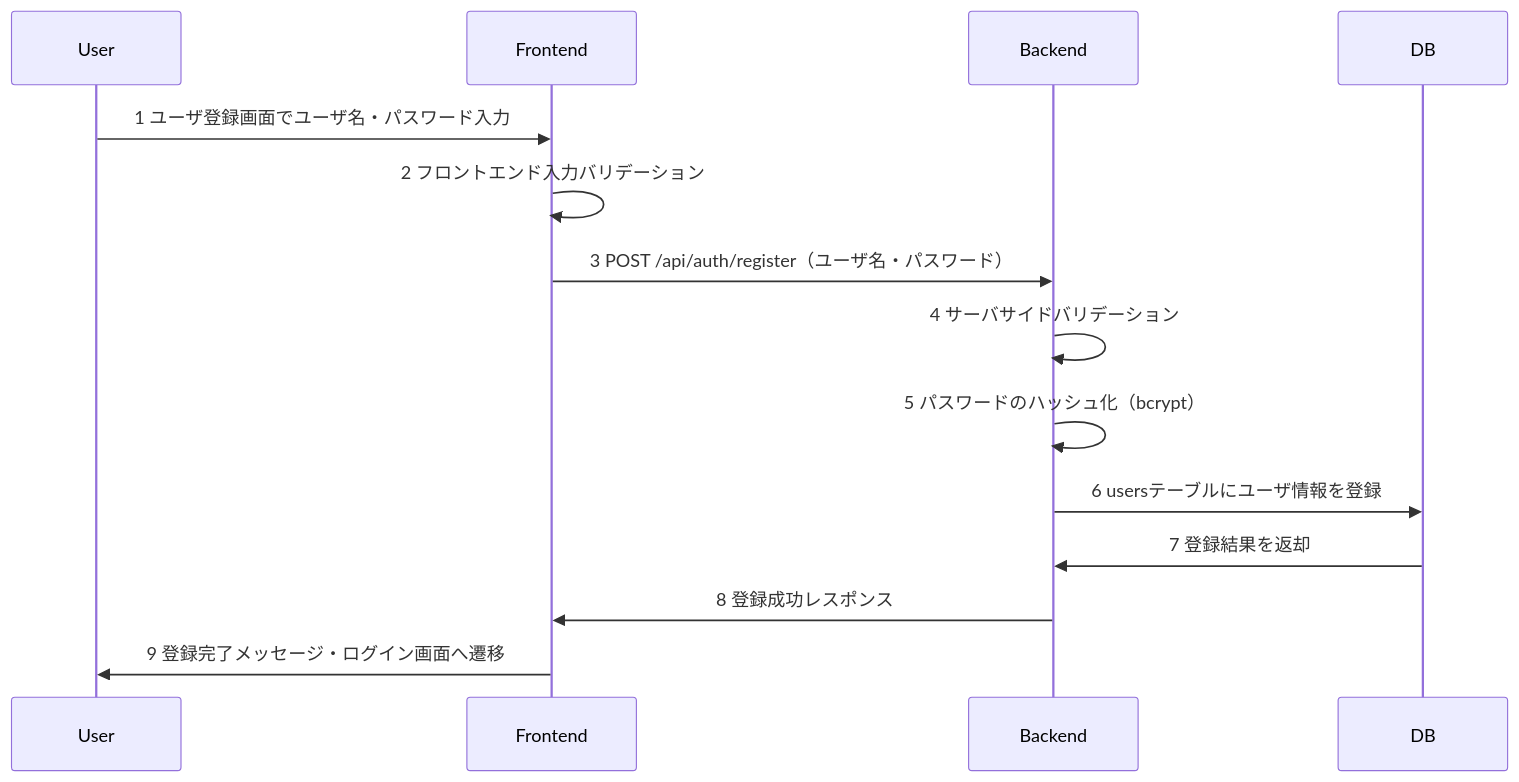
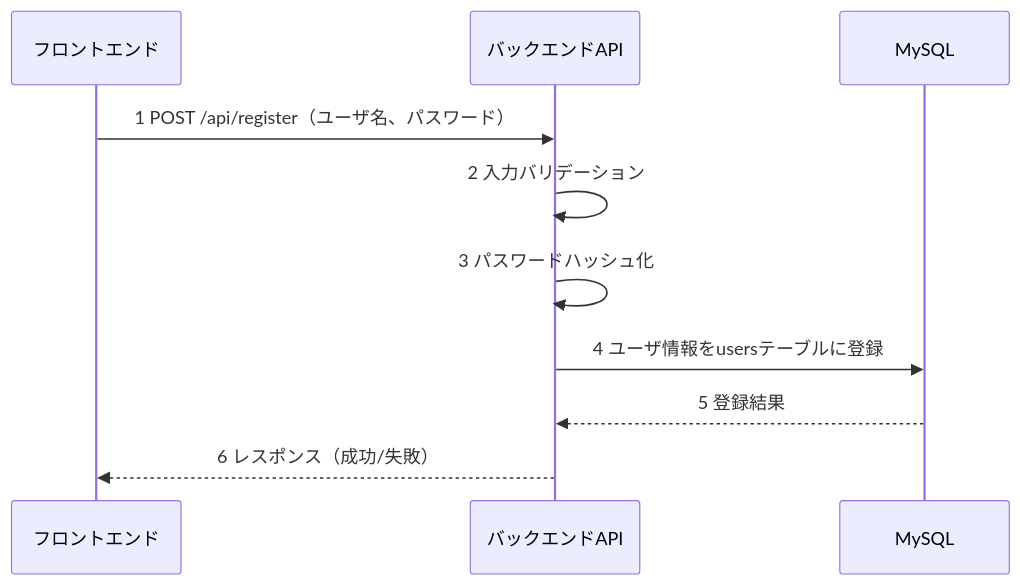
Before and after one commit to HatoriIchigo/C3-cli-full: the first of 2 diagrams in sample/detail/func/ユーザ登録.U01.md, drawn with Mermaid. The commit also changed other lines of this file and 31 other files, not shown here.

````diff
--- a/sample/detail/func/ユーザ登録.U01.md
+++ b/sample/detail/func/ユーザ登録.U01.md
@@ -8,17 +8,13 @@
 ```mermaid
 sequenceDiagram
-    participant User
-    participant Frontend
-    participant Backend
-    participant DB
+    participant UI as フロントエンド
+    participant API as バックエンドAPI
+    participant DB as MySQL
 
-    User->>Frontend: 1 ユーザ登録画面でユーザ名・パスワード入力
-    Frontend->>Frontend: 2 フロントエンド入力バリデーション
-    Frontend->>Backend: 3 POST /api/auth/register（ユーザ名・パスワード）
-    Backend->>Backend: 4 サーバサイドバリデーション
-    Backend->>Backend: 5 パスワードのハッシュ化（bcrypt）
-    Backend->>DB: 6 usersテーブルにユーザ情報を登録
-    DB->>Backend: 7 登録結果を返却
-    Backend->>Frontend: 8 登録成功レスポンス
-    Frontend->>User: 9 登録完了メッセージ・ログイン画面へ遷移
+    UI->>API: 1 POST /api/register（ユーザ名、パスワード）
+    API->>API: 2 入力バリデーション
+    API->>API: 3 パスワードハッシュ化
+    API->>DB: 4 ユーザ情報をusersテーブルに登録
+    DB-->>API: 5 登録結果
+    API-->>UI: 6 レスポンス（成功/失敗）
 ```
````
